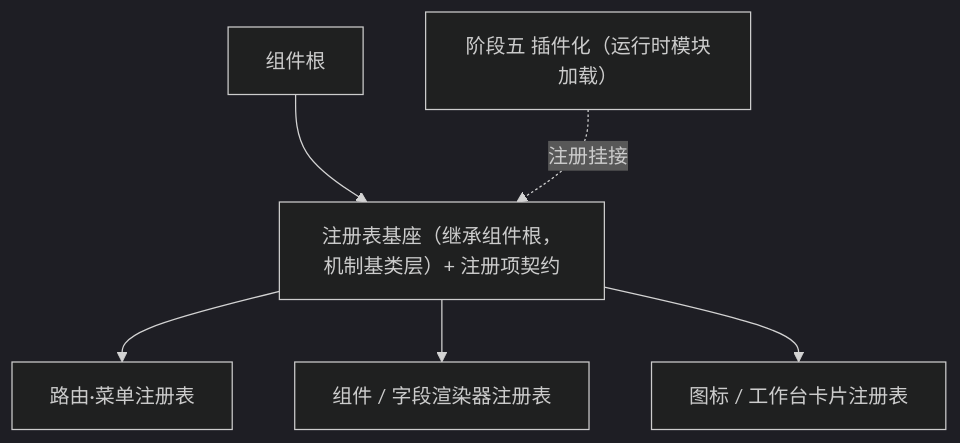
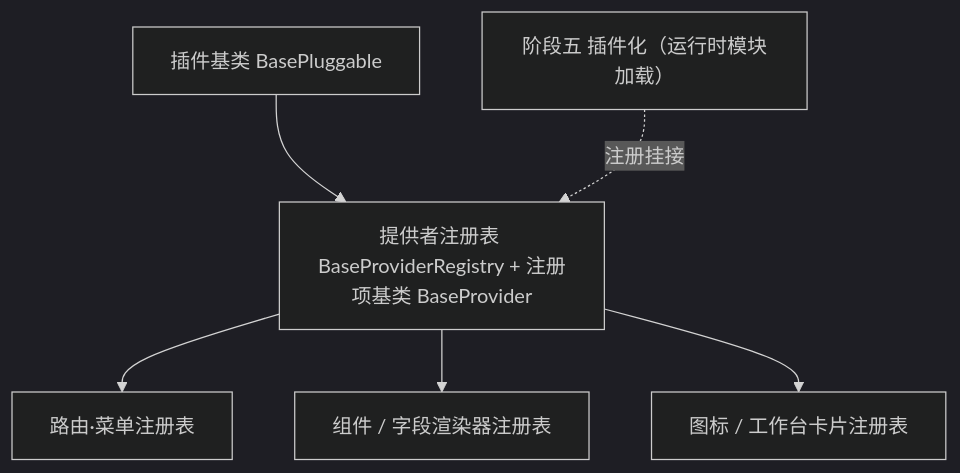
Before and after one commit to minjian123/basic-management-system: the diagram in bms文档/设计/组件设计/02_基础组件类/01_机制基类/06_组件设计_注册表基类/06_组件设计_注册表基类.md, drawn with Mermaid (dark theme). The commit also changed other lines of this file and 126 other files, not shown here.

````diff
--- a/bms文档/设计/组件设计/02_基础组件类/01_机制基类/06_组件设计_注册表基类/06_组件设计_注册表基类.md
+++ b/bms文档/设计/组件设计/02_基础组件类/01_机制基类/06_组件设计_注册表基类/06_组件设计_注册表基类.md
@@ -16,8 +16,8 @@
 ```mermaid
 flowchart TD
-    COMP["组件根"] --> REG["注册表基座（继承组件根，机制基类层）+ 注册项契约"]
+    PLG["插件基类 BasePluggable"] --> REG["提供者注册表 BaseProviderRegistry + 注册项基类 BaseProvider"]
     REG --> R1["路由·菜单注册表"]
     REG --> R2["组件 / 字段渲染器注册表"]
     REG --> R3["图标 / 工作台卡片注册表"]
     PLUG["阶段五 插件化（运行时模块加载）"] -. 注册挂接 .-> REG
 ```
````
